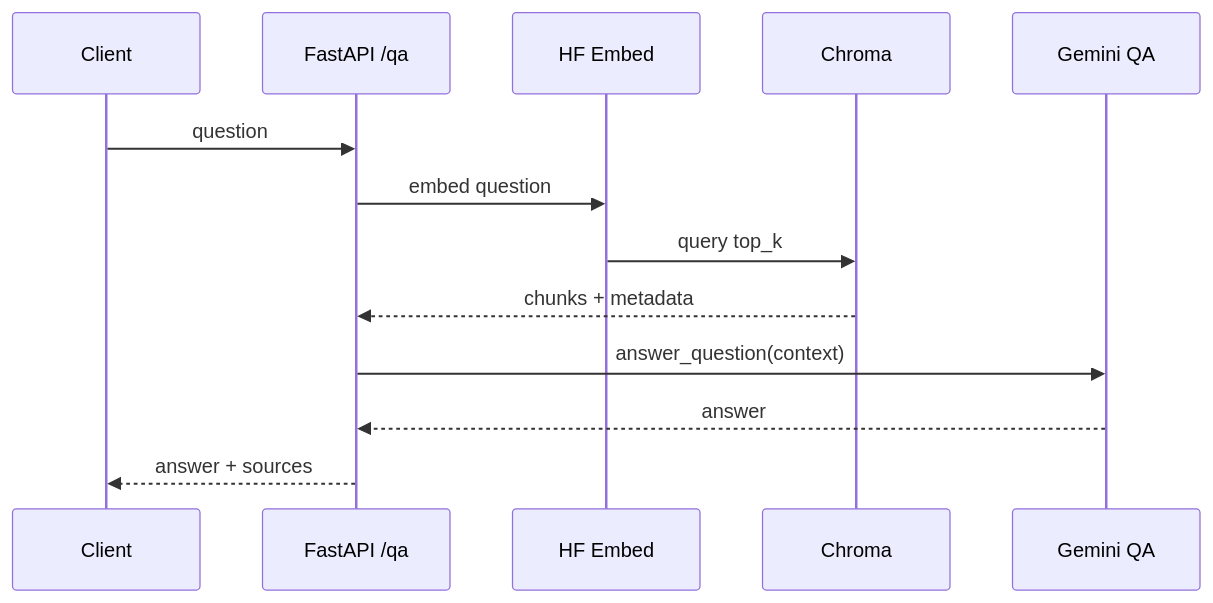
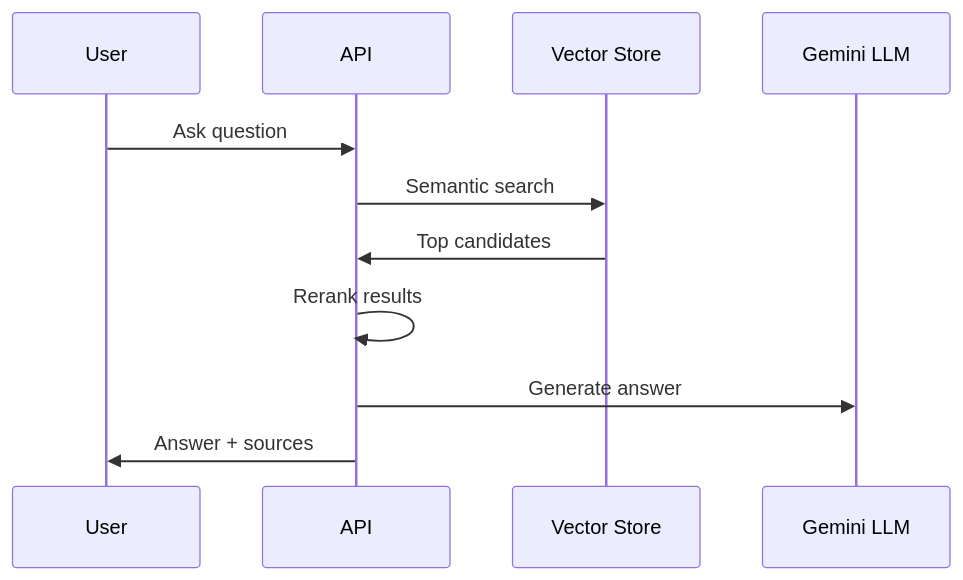
Before and after one commit to Priyanshukumaranand/mcp-resume-engine: the third of 4 diagrams in README.md, drawn with Mermaid. The commit also changed other lines of this file and 477 other files, not shown here.

````diff
--- a/README.md
+++ b/README.md
@@ -44,15 +111,14 @@
 ```mermaid
 sequenceDiagram
-		participant U as Client
-		participant A as FastAPI /qa
-		participant E as HF Embed
-		participant V as Chroma
-		participant G as Gemini QA
-		U->>A: question
-		A->>E: embed question
-		E->>V: query top_k
-		V-->>A: chunks + metadata
-		A->>G: answer_question(context)
-		G-->>A: answer
-		A-->>U: answer + sources
+    participant User
+    participant API
+    participant Vec as Vector Store
+    participant LLM as Gemini LLM
+    
+    User->>API: Ask question
+    API->>Vec: Semantic search
+    Vec->>API: Top candidates
+    API->>API: Rerank results
+    API->>LLM: Generate answer
+    API->>User: Answer + sources
 ```
````
